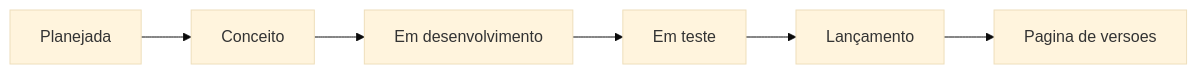
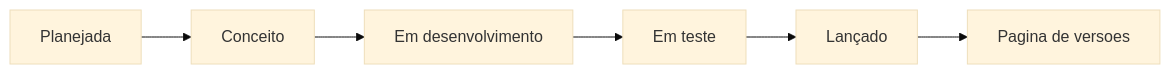
Before and after one commit to Rentbrella-org/Rentbrella-org.github.io: the second of 2 diagrams in releases/policy.md, drawn with Mermaid (base theme). The commit also changed other lines of this file and 30 other files, not shown here.

````diff
--- a/releases/policy.md
+++ b/releases/policy.md
@@ -63,8 +69,8 @@
 ```mermaid
 flowchart LR
     planejada[Planejada] --> conceito[Conceito]
     conceito --> desenvolvimento[Em desenvolvimento]
     desenvolvimento --> teste[Em teste]
-    teste --> lancamento[Lançamento]
-    lancamento --> versoes[Pagina de versoes]
+    teste --> lancado[Lançado]
+    lancado --> versoes[Pagina de versoes]
 ```
````
